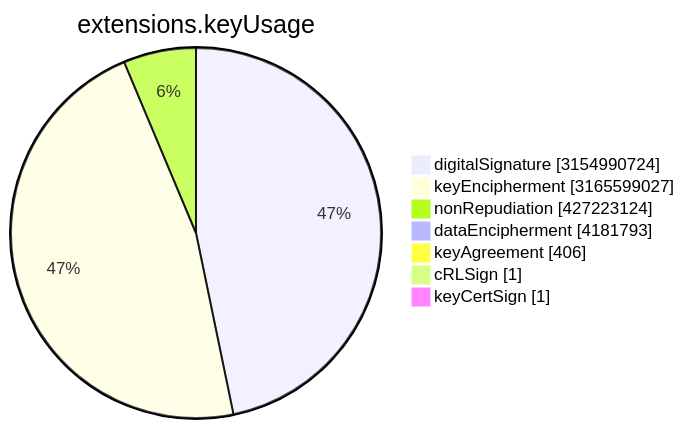
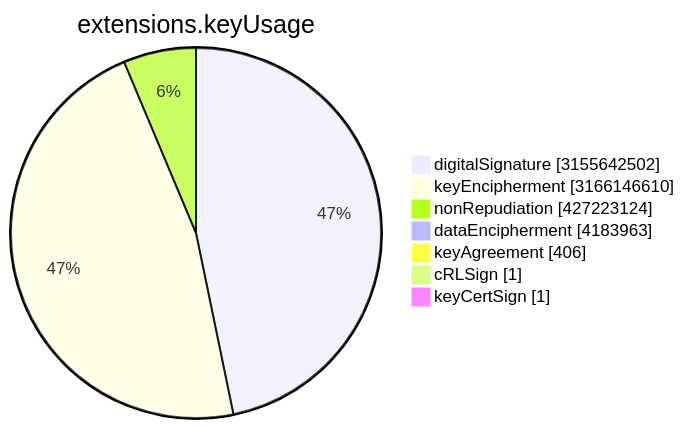
The sixth of 15 diagrams in TOTAL/README.md (christiankrug/ctmonitor_visualization), drawn with Mermaid before and after one commit. The commit also changed other lines of this file, not shown here.

````diff
--- a/TOTAL/README.md
+++ b/TOTAL/README.md
@@ -3077,11 +3077,11 @@
 ```mermaid
 pie showData
 title extensions.keyUsage
-"digitalSignature" :3154990724
-"keyEncipherment" :3165599027
+"digitalSignature" :3155642502
+"keyEncipherment" :3166146610
 "nonRepudiation" :427223124
-"dataEncipherment" :4181793
+"dataEncipherment" :4183963
 "keyAgreement" :406
 "cRLSign" :1
 "keyCertSign" :1
 ```
````
